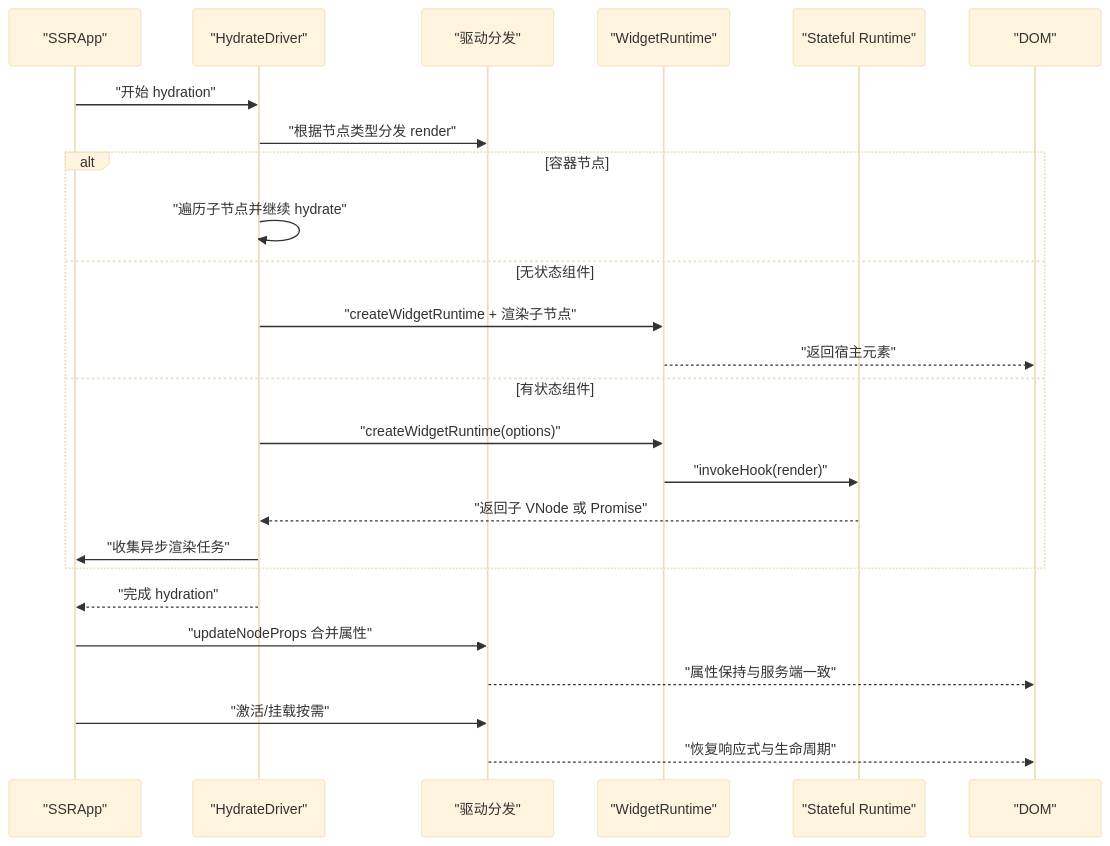
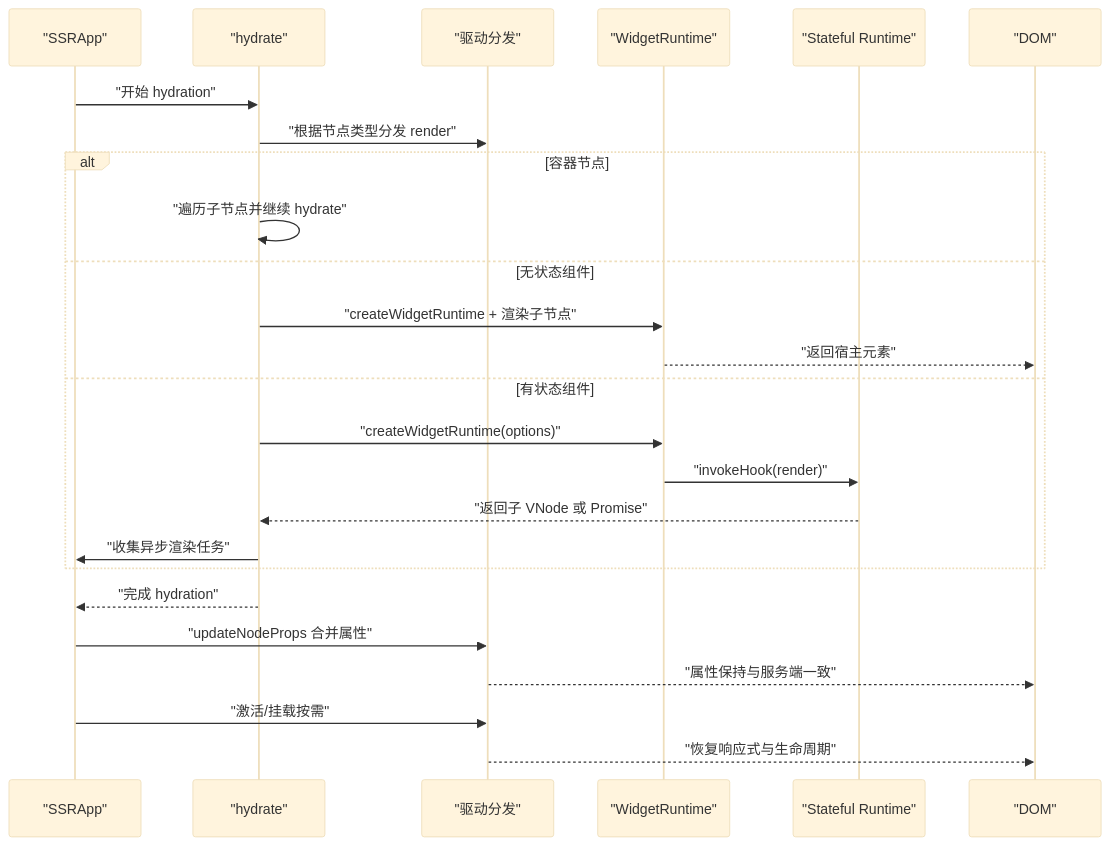
Before and after one commit to vitarx-lib/core: the second of 7 diagrams in .qoder/repowiki/zh/content/服务端渲染/客户端激活.md, drawn with Mermaid (base theme). The commit also changed other lines of this file and 3 other files, not shown here.

````diff
--- a/.qoder/repowiki/zh/content/服务端渲染/客户端激活.md
+++ b/.qoder/repowiki/zh/content/服务端渲染/客户端激活.md
@@ -114,27 +114,27 @@
 ```mermaid
 sequenceDiagram
 participant SSR as "SSRApp"
-participant HD as "HydrateDriver"
+participant HD as "hydrate"
 participant RC as "驱动分发"
 participant WR as "WidgetRuntime"
 participant SFR as "Stateful Runtime"
 participant DOM as "DOM"
 SSR->>HD : "开始 hydration"
 HD->>RC : "根据节点类型分发 render"
 alt 容器节点
 HD->>HD : "遍历子节点并继续 hydrate"
 else 无状态组件
 HD->>WR : "createWidgetRuntime + 渲染子节点"
 WR-->>DOM : "返回宿主元素"
 else 有状态组件
 HD->>WR : "createWidgetRuntime(options)"
 WR->>SFR : "invokeHook(render)"
 SFR-->>HD : "返回子 VNode 或 Promise"
 HD->>SSR : "收集异步渲染任务"
 end
 HD-->>SSR : "完成 hydration"
 SSR->>RC : "updateNodeProps 合并属性"
 RC-->>DOM : "属性保持与服务端一致"
 SSR->>RC : "激活/挂载按需"
 RC-->>DOM : "恢复响应式与生命周期"
 ```
````
